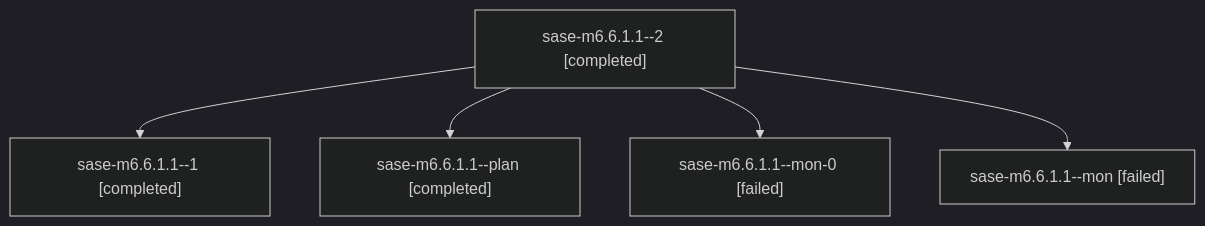
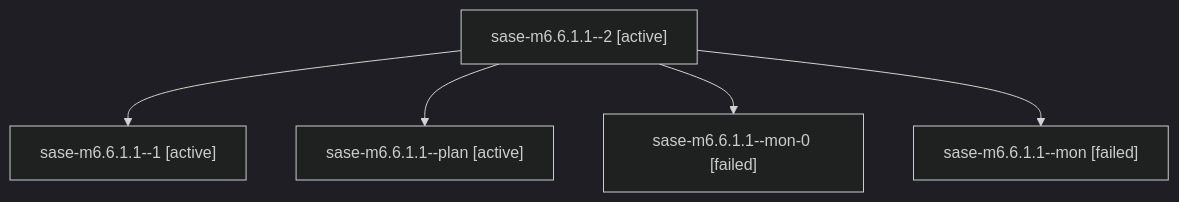
One commit to sase-org/sase--agents changed the diagram in families/bbugyi200.athena.sase-m6.6.1.1.md. Above: the diagram before and after it, drawn with Mermaid (dark theme). The commit also changed other lines of this file and 35830 other files, not shown here.

````diff
--- a/families/bbugyi200.athena.sase-m6.6.1.1.md
+++ b/families/bbugyi200.athena.sase-m6.6.1.1.md
@@ -9,12 +9,12 @@
 ```mermaid
 flowchart TD
-  n0["sase-m6.6.1.1--2 [completed]"]
-  n1["sase-m6.6.1.1--1 [completed]"]
+  n0["sase-m6.6.1.1--2 [active]"]
+  n1["sase-m6.6.1.1--1 [active]"]
   n0 --> n1
-  n2["sase-m6.6.1.1--plan [completed]"]
+  n2["sase-m6.6.1.1--plan [active]"]
   n0 --> n2
   n3["sase-m6.6.1.1--mon-0 [failed]"]
   n0 --> n3
   n4["sase-m6.6.1.1--mon [failed]"]
   n0 --> n4
 ```
````
